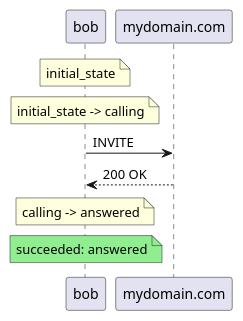
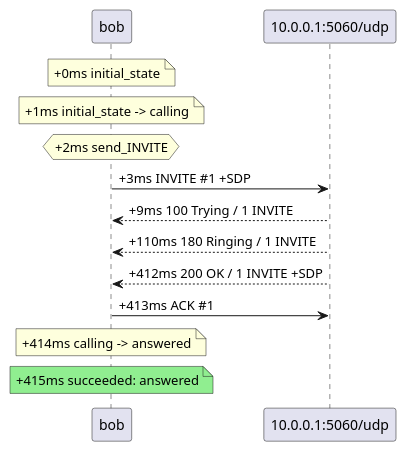
One commit to neutrino38/elixip changed the diagram in ELIXIPP.md. Above: the diagram before and after it, drawn with PlantUML. The commit also changed other lines of this file and 17 other files, not shown here.

````diff
--- a/ELIXIPP.md
+++ b/ELIXIPP.md
@@ -493,20 +509,26 @@
 ```plantuml
 ' Scenario      : UAC.Invite
 ' Instance pid  : #PID<0.123.0>
 ' Configuration (passwords masked):
 '   username: "bob"
 '   domain: "mydomain.com"
 '   passwd: ****
+' SIP peers (one per Call-ID):
+'   peer1: 10.0.0.1:5060/udp — Call-ID 4f3a…@10.0.0.7
 '
 @startuml
 participant "bob" as elixip
-participant "mydomain.com" as peer
+participant "10.0.0.1:5060/udp" as peer1
 
-note over elixip : initial_state
-note over elixip : initial_state -> calling
-elixip -> peer : INVITE
-elixip <-- peer : 200 OK
-note over elixip : calling -> answered
-note over elixip #LightGreen : succeeded: answered
+note over elixip : +0ms initial_state
+note over elixip : +1ms initial_state -> calling
+hnote over elixip : +2ms send_INVITE
+elixip -> peer1 : +3ms INVITE #1 +SDP
+peer1 --> elixip : +9ms 100 Trying / 1 INVITE
+peer1 --> elixip : +110ms 180 Ringing / 1 INVITE
+peer1 --> elixip : +412ms 200 OK / 1 INVITE +SDP
+elixip -> peer1 : +413ms ACK #1
+note over elixip : +414ms calling -> answered
+note over elixip #LightGreen : +415ms succeeded: answered
 @enduml
 ```
````
